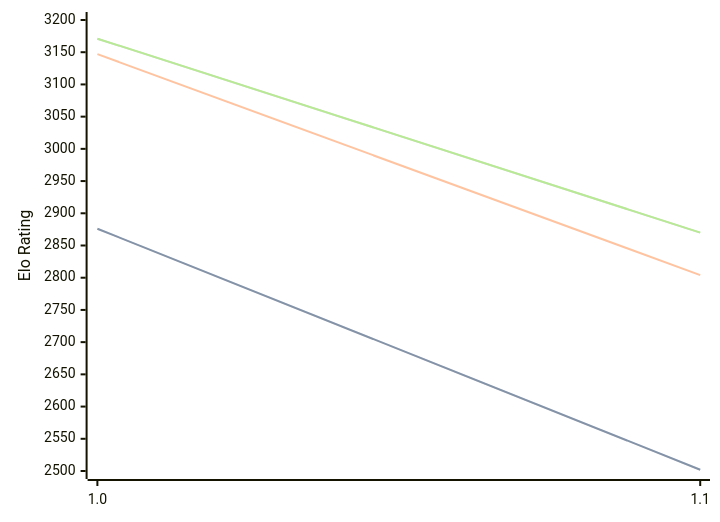
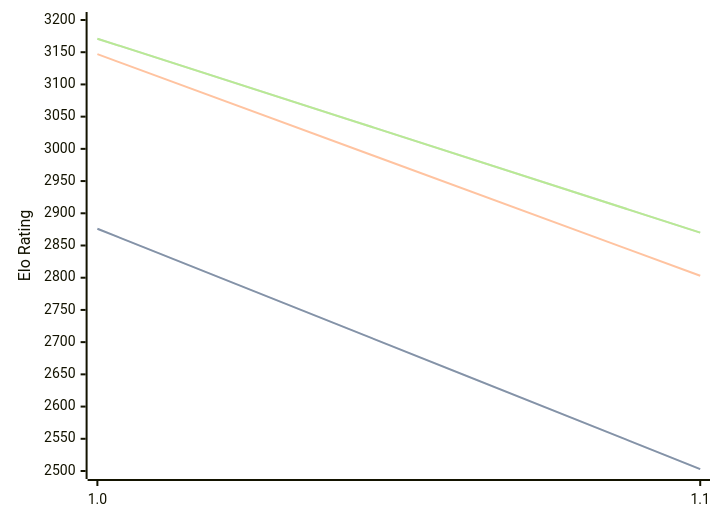
One commit to computer-chess-index/cci changed the diagram in engines/Publius.md. Above: the diagram before and after it, drawn with Mermaid. The commit also changed other lines of this file, not shown here.

Commit message:
Update CCI Ratings (ELO VLTC) - 2026-03-14

````diff
--- a/engines/Publius.md
+++ b/engines/Publius.md
@@ -30,11 +30,11 @@
 ```mermaid
 %%{init: {"theme":"base","themeVariables":{"seriesColors:['#a3a3a3','#222221','#faa371']}}}%%
 xychart-beta
   x-axis ["1.0", "1.1"]
   y-axis "Elo Rating" 2500 --> 3200
-  line "STC (8.0+0.08s)" [2876, 2502]
-  line "STC (8.0+0.08s)" [2876, 2502]
-  line "LTC (60.0+0.60s)" [3147, 2804]
+  line "STC (8.0+0.08s)" [2876, 2503]
+  line "STC (8.0+0.08s)" [2876, 2503]
+  line "LTC (60.0+0.60s)" [3147, 2803]
   line "VLTC (2m24s+1.12s)" [3171, 2870]
   line "VLTC (2m24s+1.12s)" [3171, 2870]
 ```
````
